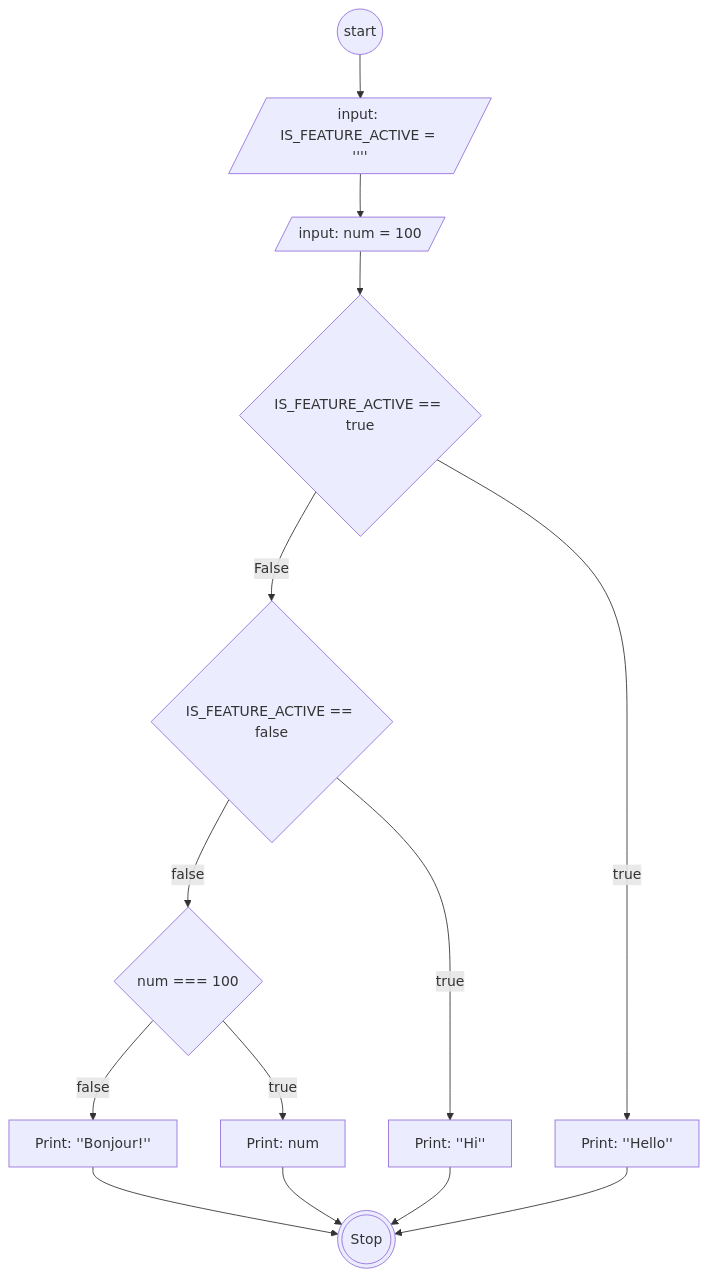
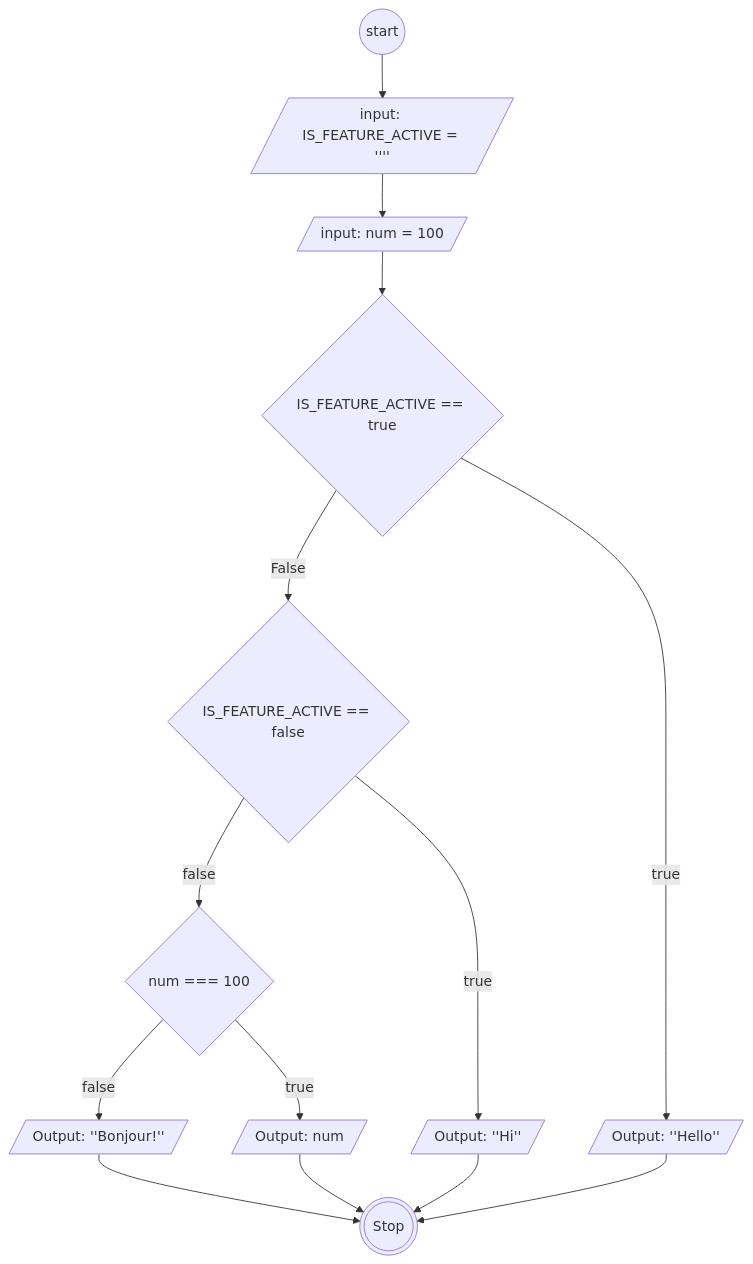
One commit to AbiPasundan/koda-b6-javascript1 changed the diagram in flowchart-switch.md. Above: the diagram before and after it, drawn with Mermaid.

````diff
--- a/flowchart-switch.md
+++ b/flowchart-switch.md
@@ -3,25 +3,25 @@
 ```mermaid
     flowchart TB
         Start@{ shape: circ, label: "start"}
         IS_FEATURE_ACTIVE@{ shape: lean-r, label: "input: IS_FEATURE_ACTIVE = ''''"}
         num@{ shape: lean-r, label: "input: num = 100"}
 
         CaseTrue@{ shape: diamond, label: "IS_FEATURE_ACTIVE == true"}
-        OutputTrue@{ shape: rect, label: "Print: ''Hello''"}
+        OutputTrue@{ shape: lean-r, label: "Output: ''Hello''"}
 
         CaseFalse@{ shape: diamond, label: "IS_FEATURE_ACTIVE == false"}
-        OutputFalse@{ shape: rect, label: "Print: ''Hi''"}
+        OutputFalse@{ shape: lean-r, label: "Output: ''Hi''"}
 
         Default@{ shape: diamond, label: "num === 100"}
-        DefaultTrue@{ shape: rect, label: "Print: num"}
-        DefaultFalse@{ shape: rect, label: "Print: ''Bonjour!''"}
+        DefaultTrue@{ shape: lean-r, label: "Output: num"}
+        DefaultFalse@{ shape: lean-r, label: "Output: ''Bonjour!''"}
 
         Stop@{ shape: dbl-circ, label: "Stop"}
 
     Start-->IS_FEATURE_ACTIVE-->num-->CaseTrue-->|False|CaseFalse-->|false|Default-->|false|DefaultFalse-->Stop
 
     CaseTrue-->|true|OutputTrue-->Stop
     CaseFalse-->|true|OutputFalse-->Stop
 
     Default-->|true|DefaultTrue-->Stop
 ```
````
